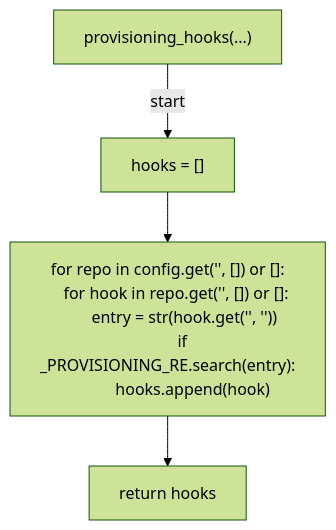
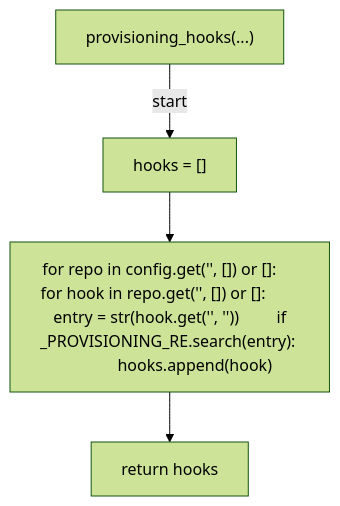
Before and after one commit to tvna/claude-md: the first of 6 diagrams in docs/generated/scripts/ast/scan_provisioning_hook_serial.md, drawn with Mermaid (forest theme). The commit also changed other lines of this file and 23 other files, not shown here.

First line of the commit message:
docs(generated): regenerate decision tree and workflow diagrams (batch 4/5)

````diff
--- a/docs/generated/scripts/ast/scan_provisioning_hook_serial.md
+++ b/docs/generated/scripts/ast/scan_provisioning_hook_serial.md
@@ -7,14 +7,10 @@
 ```mermaid
 flowchart TD
     N001["provisioning_hooks(...)"]
     N002["hooks = []"]
-    N003["for repo in config.get('<str>', []) or []:
-    for hook in repo.get('<str>', []) or []:
-        entry = str(hook.get('<str>', '<str>'))
-        if _PROVISIONING_RE.search(entry):
-            hooks.append(hook)"]
+    N003["for repo in config.get('<str>', []) or []:     for hook in repo.get('<str>', []) or []:         entry = str(hook.get('<str>', '<str>'))         if _PROVISIONING_RE.search(entry):             hooks.append(hook)"]
     N004["return hooks"]
     N001 -->|"start"| N002
     N002 --> N003
     N003 --> N004
 ```
````
